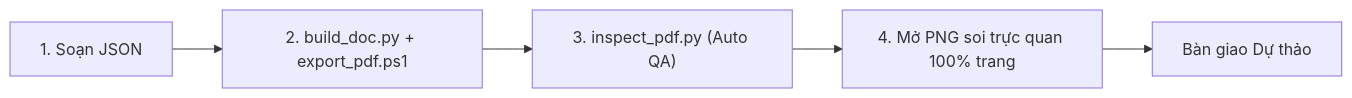
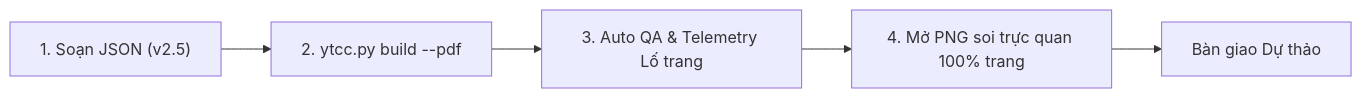
One commit to khoa-ytcc/vanban-ytcc changed the diagram in .agents/rules/execution_safety.md. Above: the diagram before and after it, drawn with Mermaid. The commit also changed other lines of this file and 29 other files, not shown here.

````diff
--- a/.agents/rules/execution_safety.md
+++ b/.agents/rules/execution_safety.md
@@ -14,7 +14,7 @@
 ```mermaid
 flowchart LR
-    A["1. Soạn JSON"] --> B["2. build_doc.py + export_pdf.ps1"]
-    B --> C["3. inspect_pdf.py (Auto QA)"]
+    A["1. Soạn JSON (v2.5)"] --> B["2. ytcc.py build --pdf"]
+    B --> C["3. Auto QA & Telemetry Lố trang"]
     C --> D["4. Mở PNG soi trực quan 100% trang"]
     D --> E["Bàn giao Dự thảo"]
 ```
````
